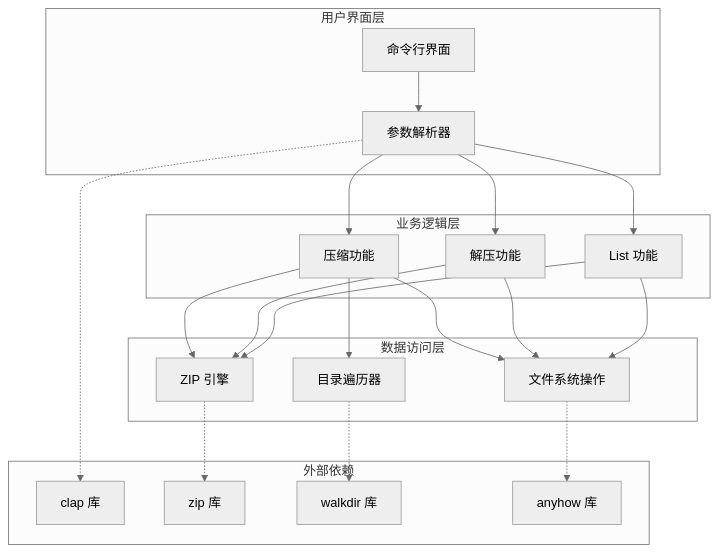
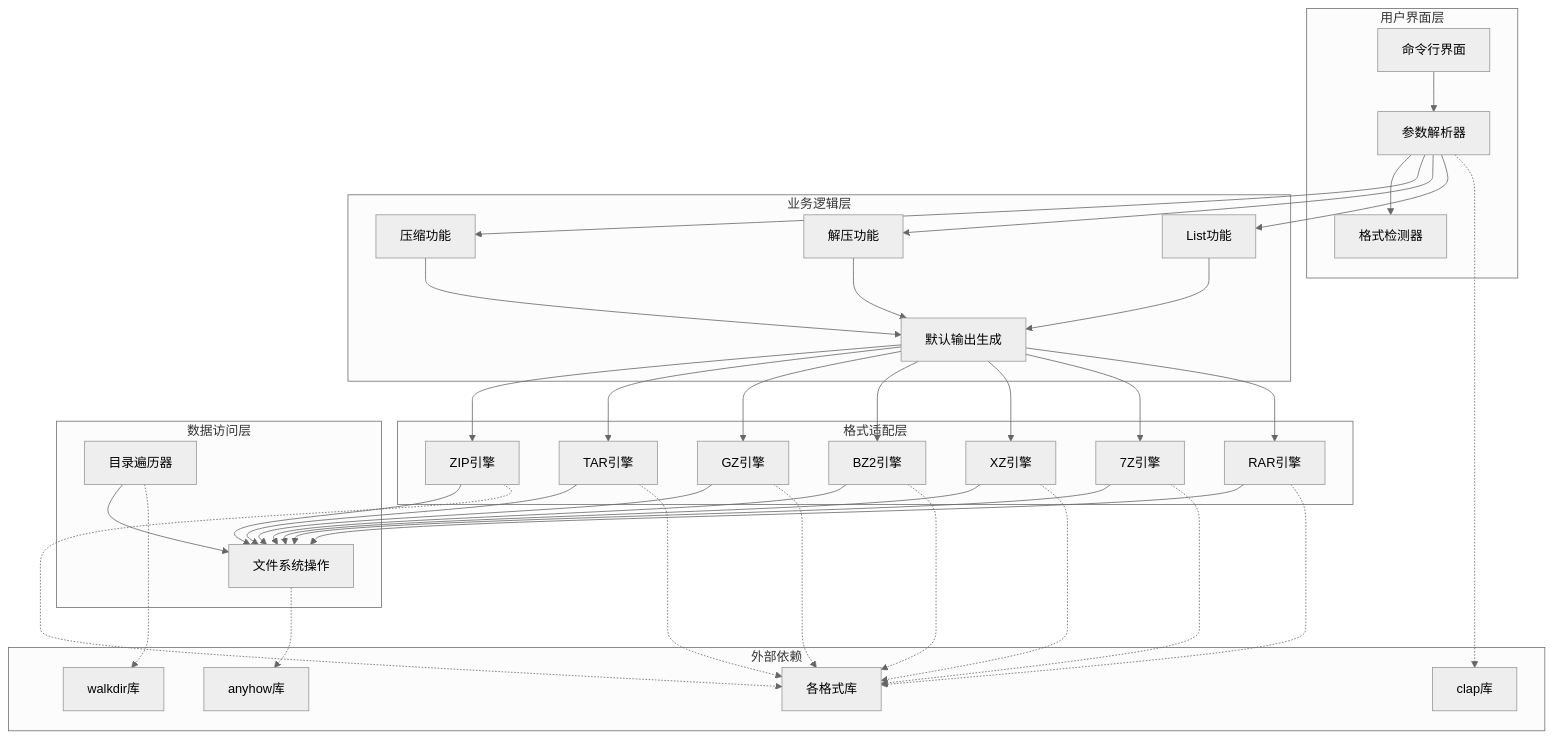
One commit to zhangjiacai-hub/myArchive changed the second of 7 diagrams in .qoder/repowiki/zh/content/命令参考手册.md. Above: the diagram before and after it, drawn with Mermaid (neutral theme). The commit also changed other lines of this file and 6 other files, not shown here.

````diff
--- a/.qoder/repowiki/zh/content/命令参考手册.md
+++ b/.qoder/repowiki/zh/content/命令参考手册.md
@@ -104,38 +195,66 @@
 ```mermaid
 graph TB
 subgraph "用户界面层"
 CLI[命令行界面]
 Parser[参数解析器]
+FormatDetector[格式检测器]
 end
 subgraph "业务逻辑层"
 Compress[压缩功能]
 Extract[解压功能]
-List[List 功能]
+List[List功能]
+DefaultOutput[默认输出生成]
+end
+subgraph "格式适配层"
+ZipEngine[ZIP引擎]
+TarEngine[TAR引擎]
+GzEngine[GZ引擎]
+Bz2Engine[BZ2引擎]
+XzEngine[XZ引擎]
+SevenZEngine[7Z引擎]
+RarEngine[RAR引擎]
 end
 subgraph "数据访问层"
 FileSystem[文件系统操作]
-ZipEngine[ZIP 引擎]
 DirectoryWalker[目录遍历器]
 end
 subgraph "外部依赖"
-ClapLib[clap 库]
-ZipLib[zip 库]
-WalkDirLib[walkdir 库]
-AnyhowLib[anyhow 库]
+ClapLib[clap库]
+FormatLibs[各格式库]
+WalkDirLib[walkdir库]
+AnyhowLib[anyhow库]
 end
 CLI --> Parser
+Parser --> FormatDetector
 Parser --> Compress
 Parser --> Extract
 Parser --> List
-Compress --> FileSystem
-Compress --> ZipEngine
-Compress --> DirectoryWalker
-Extract --> FileSystem
-Extract --> ZipEngine
-List --> FileSystem
-List --> ZipEngine
+Compress --> DefaultOutput
+Extract --> DefaultOutput
+List --> DefaultOutput
+DefaultOutput --> ZipEngine
+DefaultOutput --> TarEngine
+DefaultOutput --> GzEngine
+DefaultOutput --> Bz2Engine
+DefaultOutput --> XzEngine
+DefaultOutput --> SevenZEngine
+DefaultOutput --> RarEngine
+ZipEngine --> FileSystem
+TarEngine --> FileSystem
+GzEngine --> FileSystem
+Bz2Engine --> FileSystem
+XzEngine --> FileSystem
+SevenZEngine --> FileSystem
+RarEngine --> FileSystem
+DirectoryWalker --> FileSystem
 Parser -.-> ClapLib
-ZipEngine -.-> ZipLib
+ZipEngine -.-> FormatLibs
+TarEngine -.-> FormatLibs
+GzEngine -.-> FormatLibs
+Bz2Engine -.-> FormatLibs
+XzEngine -.-> FormatLibs
+SevenZEngine -.-> FormatLibs
+RarEngine -.-> FormatLibs
 DirectoryWalker -.-> WalkDirLib
 FileSystem -.-> AnyhowLib
 ```
````
